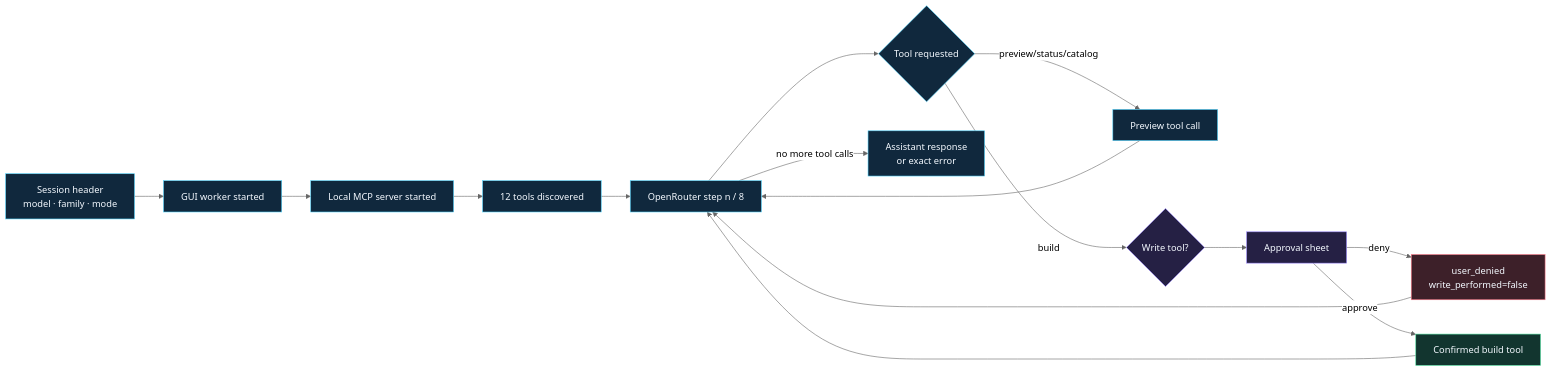
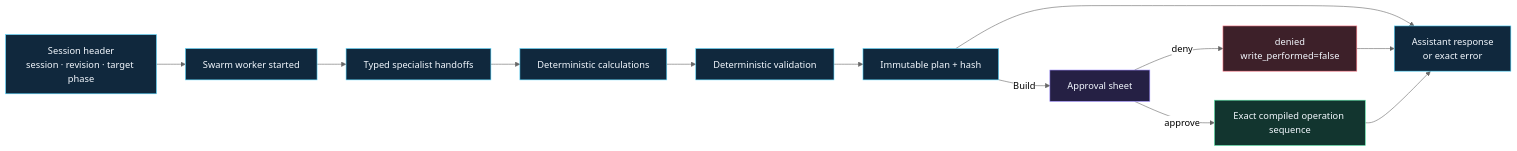
Before and after one commit to Mithunjagan/Prompt2CST: the sixth of 6 diagrams in README.md, drawn with Mermaid (neutral theme). The commit also changed other lines of this file and 22 other files, not shown here.

Commit message:
Add persistent specialist swarm workflow

````diff
--- a/README.md
+++ b/README.md
@@ -789,31 +807,27 @@
 ```mermaid
 flowchart LR
-    Header["Session header<br/>model · family · mode"]
-    Worker["GUI worker started"]
-    MCPStart["Local MCP server started"]
-    Discovery["12 tools discovered"]
-    ModelStep["OpenRouter step n / 8"]
-    Tool{"Tool requested"}
-    Preview["Preview tool call"]
-    Gate{"Write tool?"}
+    Header["Session header<br/>session · revision · target phase"]
+    Worker["Swarm worker started"]
+    Roles["Typed specialist handoffs"]
+    Calc["Deterministic calculations"]
+    Validation["Deterministic validation"]
+    Preview["Immutable plan + hash"]
     Approval["Approval sheet"]
-    Denied["user_denied<br/>write_performed=false"]
-    Write["Confirmed build tool"]
+    Denied["denied<br/>write_performed=false"]
+    Write["Exact compiled operation sequence"]
     Result["Assistant response<br/>or exact error"]
 
-    Header --> Worker --> MCPStart --> Discovery --> ModelStep --> Tool
-    Tool -->|"preview/status/catalog"| Preview --> ModelStep
-    Tool -->|"build"| Gate --> Approval
-    Approval -->|"deny"| Denied --> ModelStep
-    Approval -->|"approve"| Write --> ModelStep
-    ModelStep -->|"no more tool calls"| Result
+    Header --> Worker --> Roles --> Calc --> Validation --> Preview --> Result
+    Preview -->|"Build"| Approval
+    Approval -->|"deny"| Denied --> Result
+    Approval -->|"approve"| Write --> Result
 
     classDef trace fill:#10283d,stroke:#55d7ff,color:#f4f9ff;
     classDef gate fill:#252044,stroke:#9e8cff,color:#f4f9ff;
     classDef denied fill:#3d2029,stroke:#ff7b8a,color:#f4f9ff;
     classDef write fill:#12352f,stroke:#55e6a5,color:#f4f9ff;
-    class Header,Worker,MCPStart,Discovery,ModelStep,Tool,Preview,Result trace;
+    class Header,Worker,Roles,Calc,Validation,Preview,Result trace;
     class Gate,Approval gate;
     class Denied denied;
     class Write write;
 ```
````
